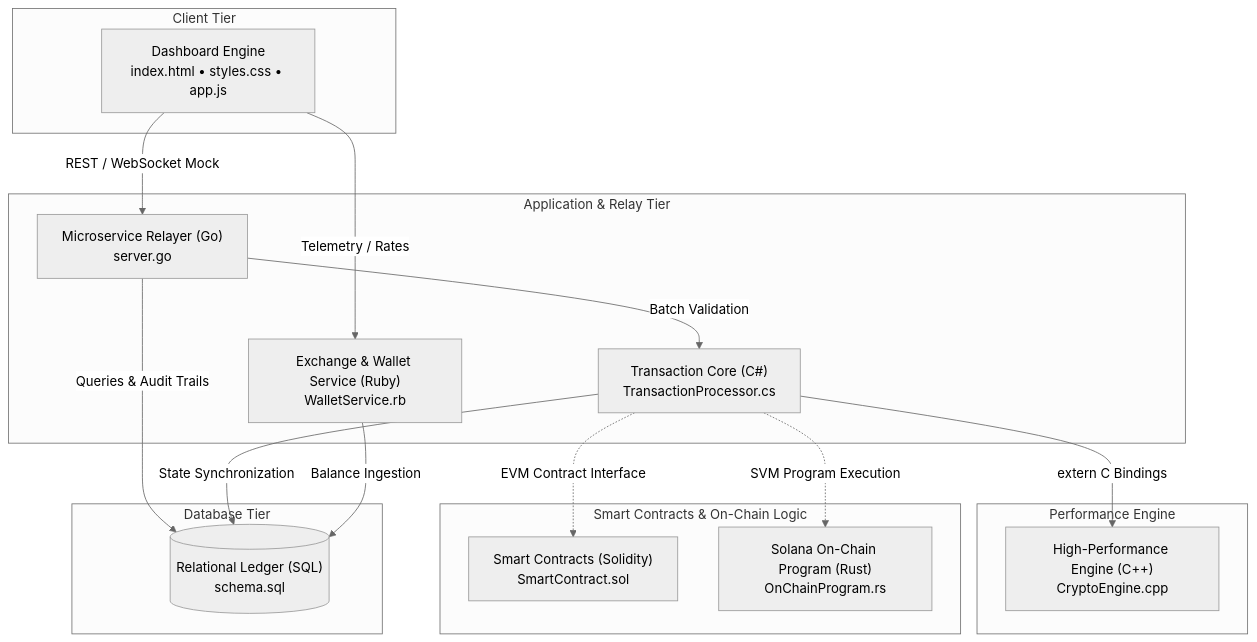
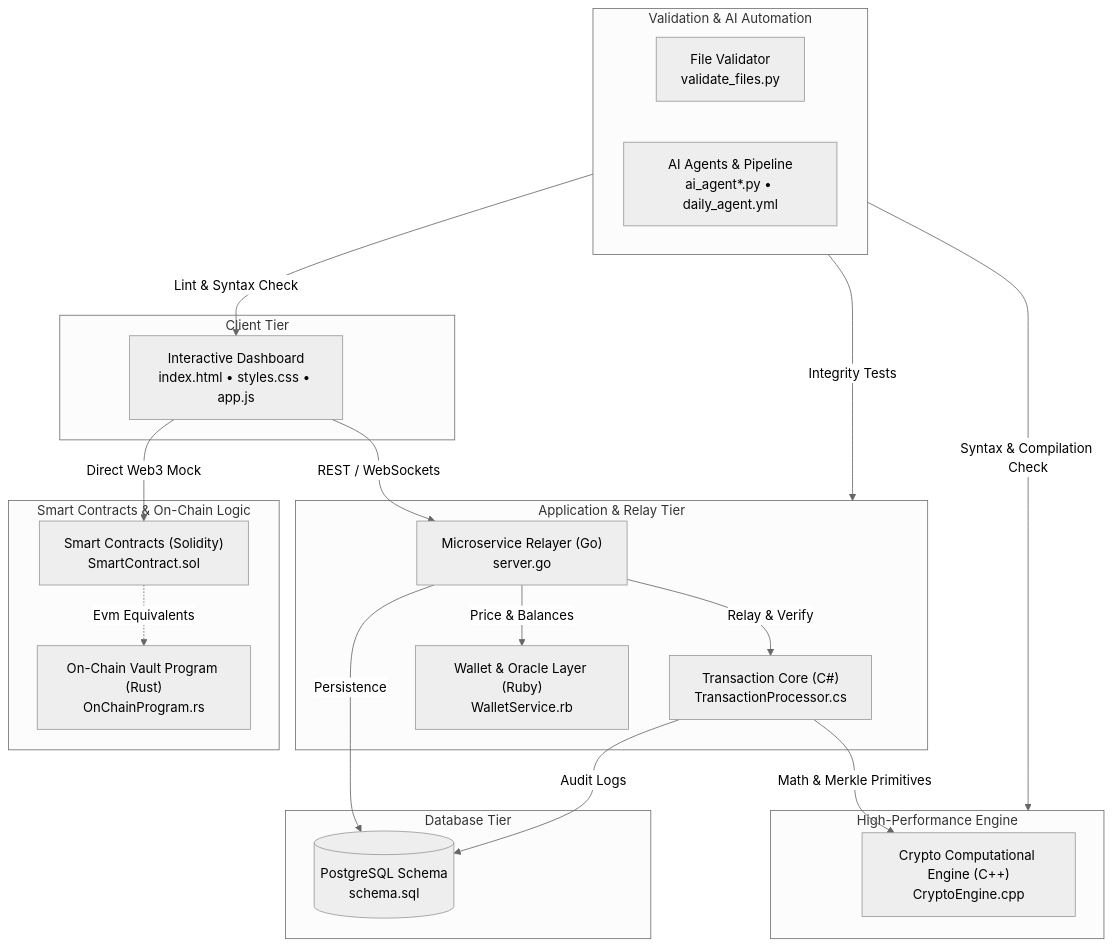
Before and after one commit to LinkHAckerman/MasterProject: the diagram in README.md, drawn with Mermaid (neutral theme). The commit also changed other lines of this file and 5 other files, not shown here.

Commit message:
Autonomous multi-language architecture evolution (5 agents)

````diff
--- a/README.md
+++ b/README.md
@@ -71,35 +71,42 @@
 ```mermaid
 flowchart TD
     subgraph Presentation["Client Tier"]
-        UI["Dashboard Engine<br/>index.html • styles.css • app.js"]
+        UI["Interactive Dashboard<br/>index.html • styles.css • app.js"]
     end
 
     subgraph Services["Application & Relay Tier"]
         GO["Microservice Relayer (Go)<br/>server.go"]
         CS["Transaction Core (C#)<br/>TransactionProcessor.cs"]
-        RB["Exchange & Wallet Service (Ruby)<br/>WalletService.rb"]
+        RB["Wallet & Oracle Layer (Ruby)<br/>WalletService.rb"]
     end
 
-    subgraph Compute["Performance Engine"]
-        CPP["High-Performance Engine (C++)<br/>CryptoEngine.cpp"]
+    subgraph Compute["High-Performance Engine"]
+        CPP["Crypto Computational Engine (C++)<br/>CryptoEngine.cpp"]
     end
 
     subgraph OnChain["Smart Contracts & On-Chain Logic"]
         SOL["Smart Contracts (Solidity)<br/>SmartContract.sol"]
-        RS["Solana On-Chain Program (Rust)<br/>OnChainProgram.rs"]
+        RS["On-Chain Vault Program (Rust)<br/>OnChainProgram.rs"]
     end
 
     subgraph Persistence["Database Tier"]
-        DB[("Relational Ledger (SQL)<br/>schema.sql")]
+        DB[("PostgreSQL Schema<br/>schema.sql")]
     end
 
-    UI -->|REST / WebSocket Mock| GO
-    UI -->|Telemetry / Rates| RB
-    GO -->|Batch Validation| CS
-    GO -->|Queries & Audit Trails| DB
-    CS -->|extern C Bindings| CPP
-    CS -->|State Synchronization| DB
-    CS -.->|EVM Contract Interface| SOL
-    CS -.->|SVM Program Execution| RS
-    RB -->|Balance Ingestion| DB
+    subgraph CI["Validation & AI Automation"]
+        VAL["File Validator<br/>validate_files.py"]
+        AGT["AI Agents & Pipeline<br/>ai_agent*.py • daily_agent.yml"]
+    end
+
+    UI -->|REST / WebSockets| GO
+    UI -->|Direct Web3 Mock| SOL
+    GO -->|Relay & Verify| CS
+    GO -->|Price & Balances| RB
+    CS -->|Math & Merkle Primitives| CPP
+    GO -->|Persistence| DB
+    CS -->|Audit Logs| DB
+    SOL -.->|Evm Equivalents| RS
+    CI -->|Lint & Syntax Check| UI
+    CI -->|Syntax & Compilation Check| Compute
+    CI -->|Integrity Tests| Services
 ```
````
